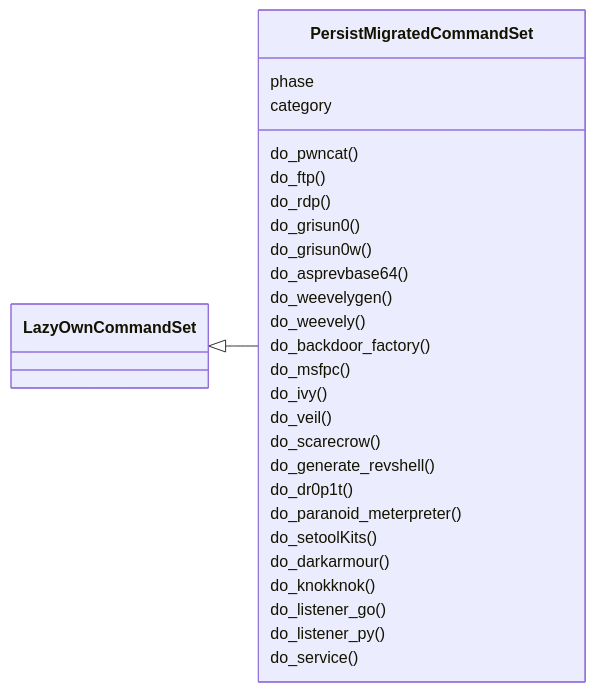
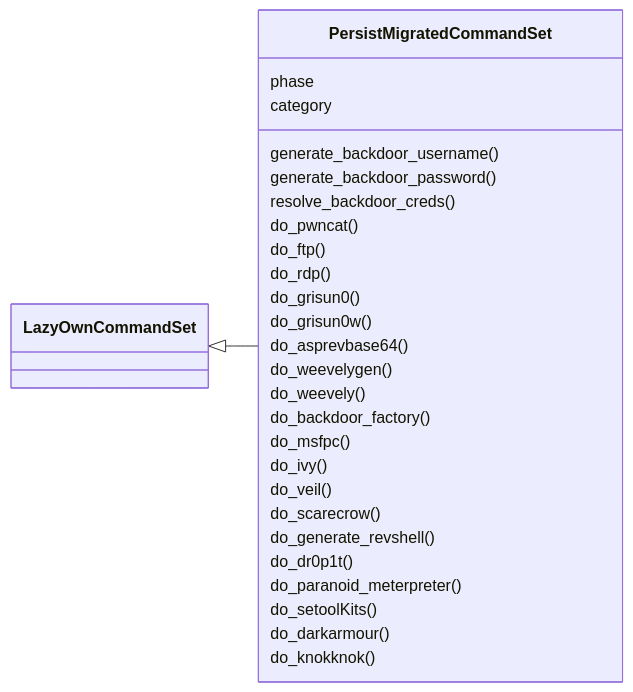
Before and after one commit to grisuno/LazyOwn: the first of 2 diagrams in readmenator-apidocs/modules/cli.commands.persist_migrated.py.md, drawn with Mermaid. The commit also changed other lines of this file and 472 other files, not shown here.

````diff
--- a/readmenator-apidocs/modules/cli.commands.persist_migrated.py.md
+++ b/readmenator-apidocs/modules/cli.commands.persist_migrated.py.md
@@ -15,31 +15,31 @@
 ```mermaid
 classDiagram
     direction LR
     class PersistMigratedCommandSet
     PersistMigratedCommandSet : phase
     PersistMigratedCommandSet : category
+    PersistMigratedCommandSet : generate_backdoor_username()
+    PersistMigratedCommandSet : generate_backdoor_password()
+    PersistMigratedCommandSet : resolve_backdoor_creds()
     PersistMigratedCommandSet : do_pwncat()
     PersistMigratedCommandSet : do_ftp()
     PersistMigratedCommandSet : do_rdp()
     PersistMigratedCommandSet : do_grisun0()
     PersistMigratedCommandSet : do_grisun0w()
     PersistMigratedCommandSet : do_asprevbase64()
     PersistMigratedCommandSet : do_weevelygen()
     PersistMigratedCommandSet : do_weevely()
     PersistMigratedCommandSet : do_backdoor_factory()
     PersistMigratedCommandSet : do_msfpc()
     PersistMigratedCommandSet : do_ivy()
     PersistMigratedCommandSet : do_veil()
     PersistMigratedCommandSet : do_scarecrow()
     PersistMigratedCommandSet : do_generate_revshell()
     PersistMigratedCommandSet : do_dr0p1t()
     PersistMigratedCommandSet : do_paranoid_meterpreter()
     PersistMigratedCommandSet : do_setoolKits()
     PersistMigratedCommandSet : do_darkarmour()
     PersistMigratedCommandSet : do_knokknok()
-    PersistMigratedCommandSet : do_listener_go()
-    PersistMigratedCommandSet : do_listener_py()
-    PersistMigratedCommandSet : do_service()
     class LazyOwnCommandSet
     LazyOwnCommandSet <|-- PersistMigratedCommandSet
 ```
````
